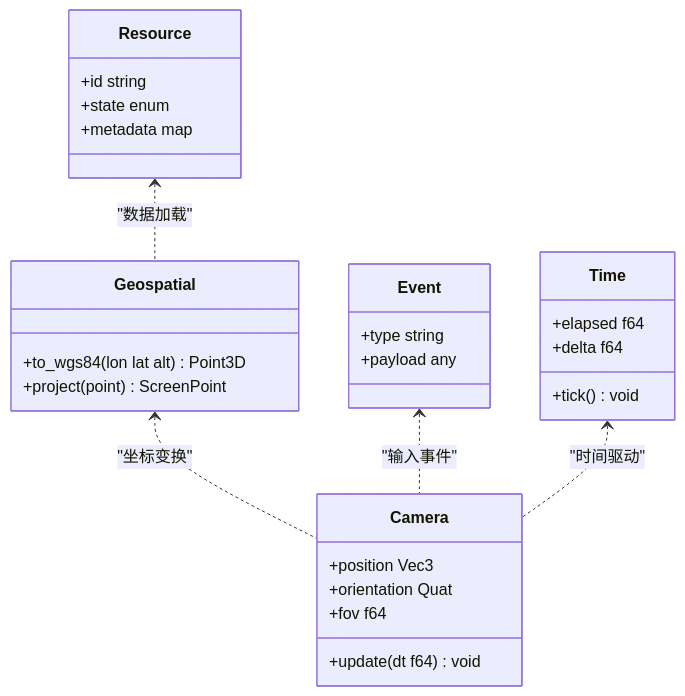
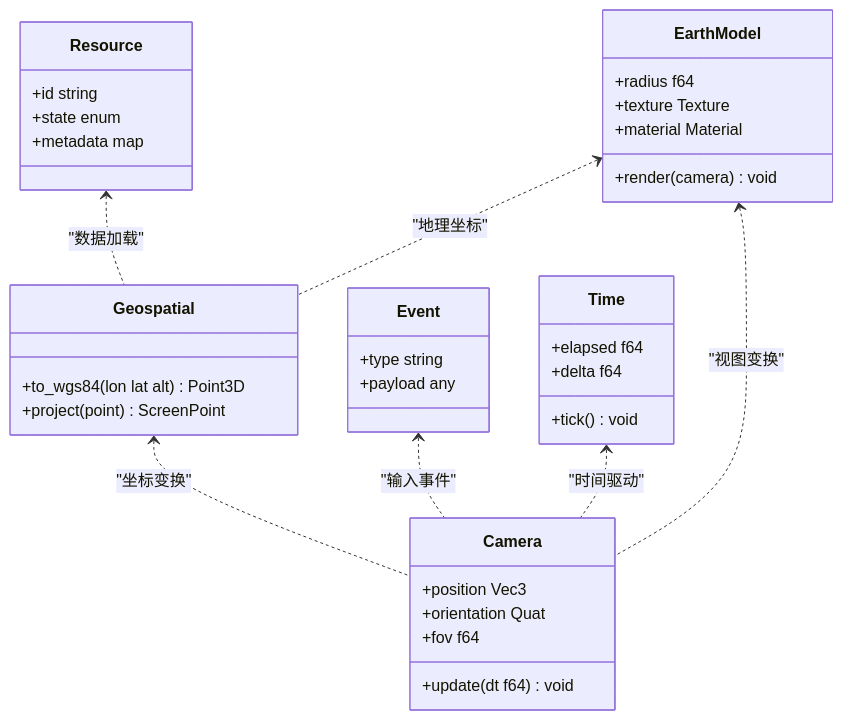
The fourth of 6 diagrams in .qoder/repowiki/zh/content/示例教程/Bevy游戏引擎集成示例.md (rzhangjing/cesium), drawn with Mermaid before and after one commit. The commit also changed other lines of this file and 178 other files, not shown here.

````diff
--- a/.qoder/repowiki/zh/content/示例教程/Bevy游戏引擎集成示例.md
+++ b/.qoder/repowiki/zh/content/示例教程/Bevy游戏引擎集成示例.md
@@ -231,31 +255,39 @@
 ```mermaid
 classDiagram
 class Geospatial {
 +to_wgs84(lon lat alt) Point3D
 +project(point) ScreenPoint
 }
 class Camera {
 +position Vec3
 +orientation Quat
 +fov f64
 +update(dt f64) void
 }
 class Event {
 +type string
 +payload any
 }
 class Time {
 +elapsed f64
 +delta f64
 +tick() void
 }
 class Resource {
 +id string
 +state enum
 +metadata map
 }
+class EarthModel {
++radius f64
++texture Texture
++material Material
++render(camera) void
+}
 Geospatial <.. Camera : "坐标变换"
 Event <.. Camera : "输入事件"
 Time <.. Camera : "时间驱动"
 Resource <.. Geospatial : "数据加载"
+EarthModel <.. Geospatial : "地理坐标"
+EarthModel <.. Camera : "视图变换"
 ```
````
